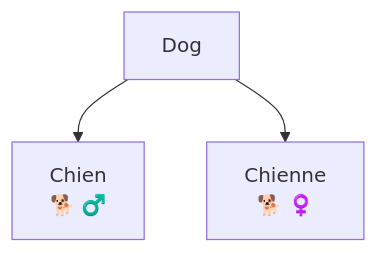
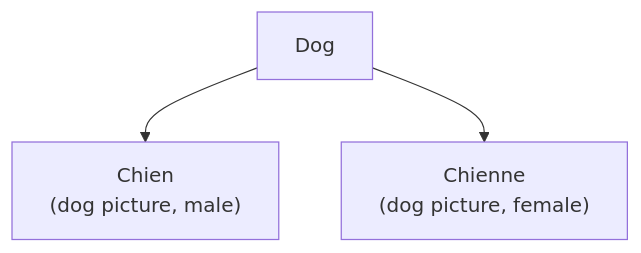
One commit to WeirdCatAFK/Flashback changed the fifth of 8 diagrams in src/mcp/skills/flashback-cards/SKILL.md. Above: the diagram before and after it, drawn with Mermaid. The commit also changed other lines of this file and 3 other files, not shown here.

````diff
--- a/src/mcp/skills/flashback-cards/SKILL.md
+++ b/src/mcp/skills/flashback-cards/SKILL.md
@@ -173,5 +197,5 @@
 ```mermaid
 graph TD
-  Dog --> Chien["Chien<br/>🐕 ♂️"]
-  Dog --> Chienne["Chienne<br/>🐕 ♀️"]
+  Dog --> Chien["Chien<br/>(dog picture, male)"]
+  Dog --> Chienne["Chienne<br/>(dog picture, female)"]
 ```
````
